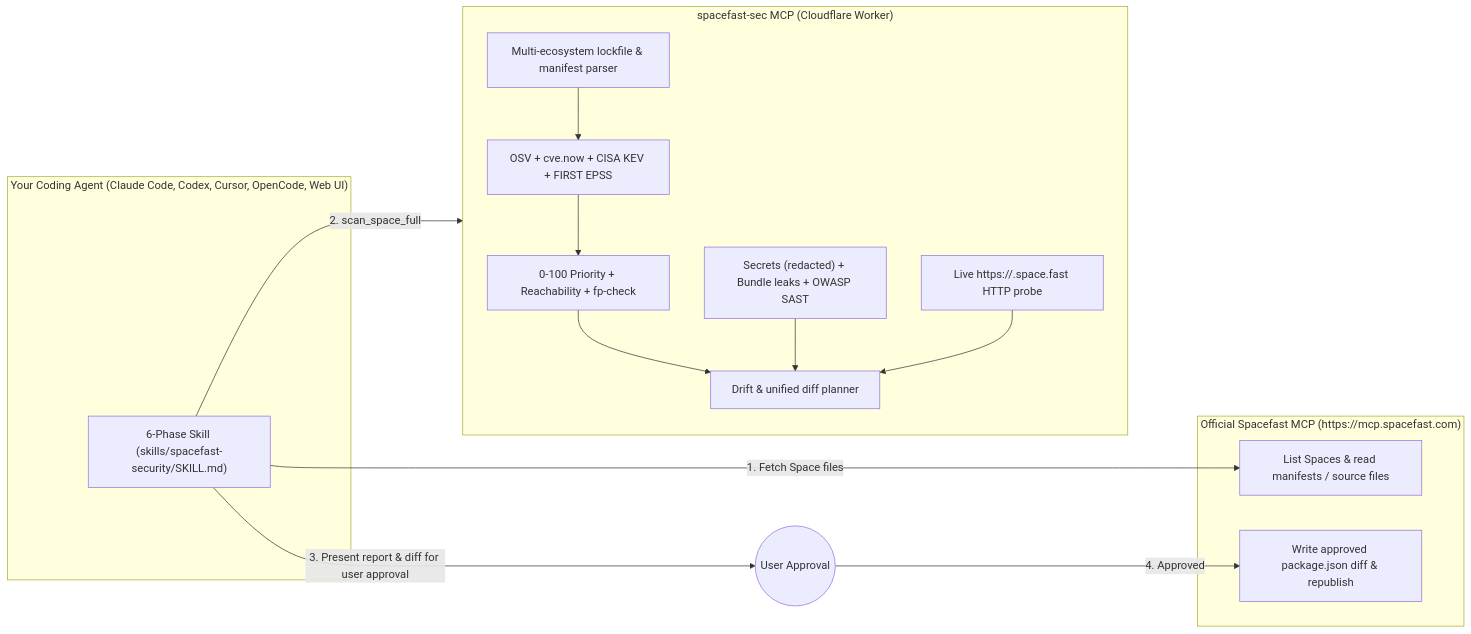
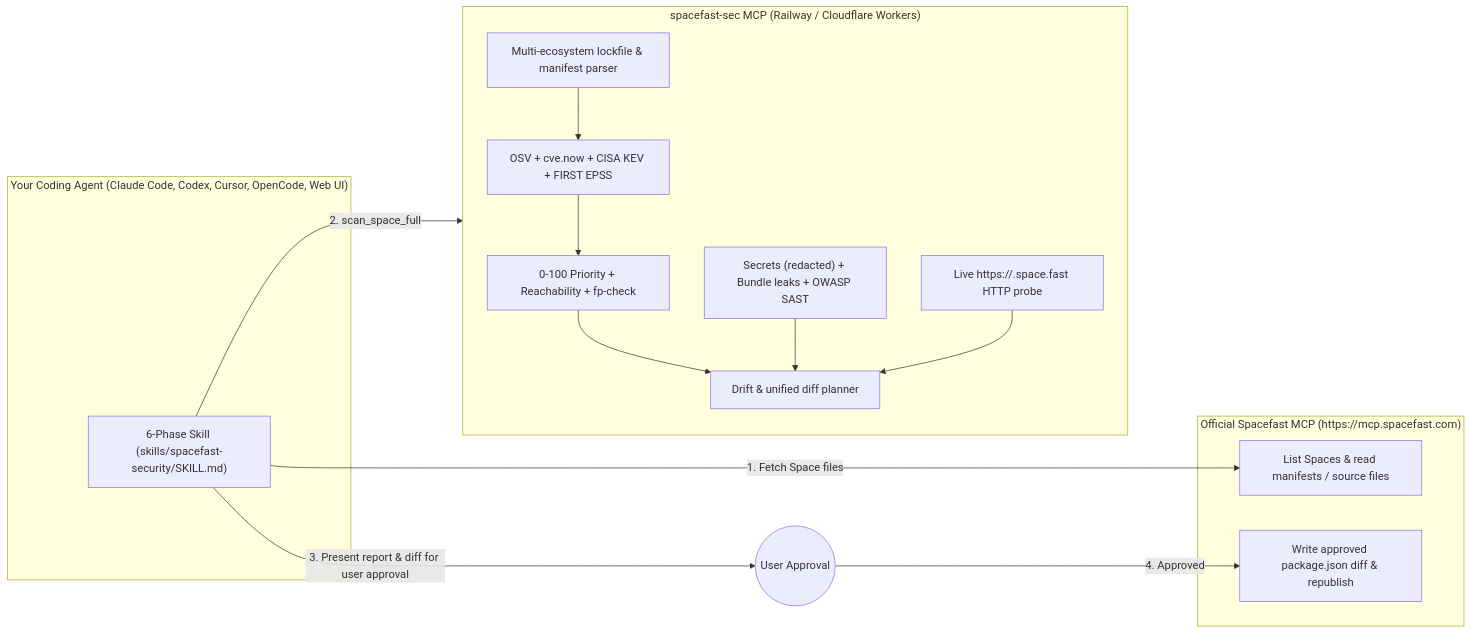
Before and after one commit to umitaltinozzz/spacefast-sec: the diagram in README.md, drawn with Mermaid. The commit also changed other lines of this file and 22 other files, not shown here.

````diff
--- a/README.md
+++ b/README.md
@@ -85,28 +86,28 @@
 ```mermaid
 flowchart LR
   subgraph Agent["Your Coding Agent (Claude Code, Codex, Cursor, OpenCode, Web UI)"]
     Skill["6-Phase Skill (skills/spacefast-security/SKILL.md)"]
   end
 
   subgraph Spacefast["Official Spacefast MCP (https://mcp.spacefast.com)"]
     SFRead["List Spaces & read manifests / source files"]
     SFWrite["Write approved package.json diff & republish"]
   end
 
-  subgraph SecMonWorker["spacefast-sec MCP (Cloudflare Worker)"]
+  subgraph SecMonWorker["spacefast-sec MCP (Railway / Cloudflare Workers)"]
     Inv["Multi-ecosystem lockfile & manifest parser"]
     Adv["OSV + cve.now + CISA KEV + FIRST EPSS"]
     Prio["0-100 Priority + Reachability + fp-check"]
     SAST["Secrets (redacted) + Bundle leaks + OWASP SAST"]
     Probe["Live https://<name>.space.fast HTTP probe"]
     Diff["Drift & unified diff planner"]
   end
 
   Skill -->|"1. Fetch Space files"| SFRead
   Skill -->|"2. scan_space_full"| SecMonWorker
   Inv --> Adv --> Prio --> Diff
   SAST --> Diff
   Probe --> Diff
   Skill -->|"3. Present report & diff for user approval"| User(("User Approval"))
   User -->|"4. Approved"| SFWrite
 ```
````
